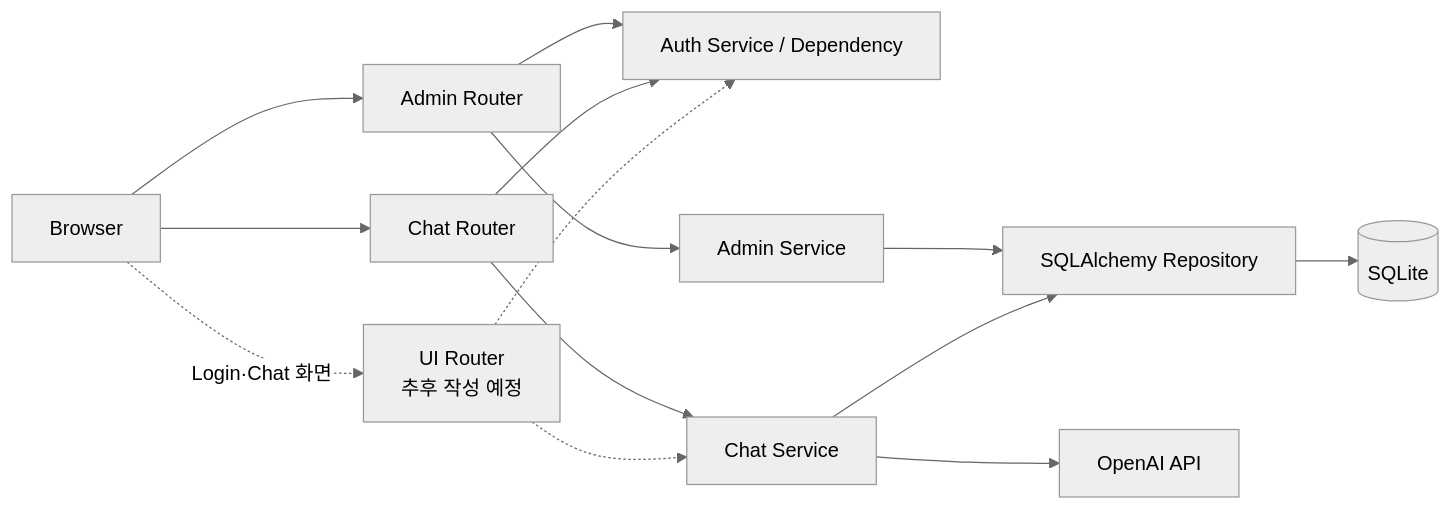
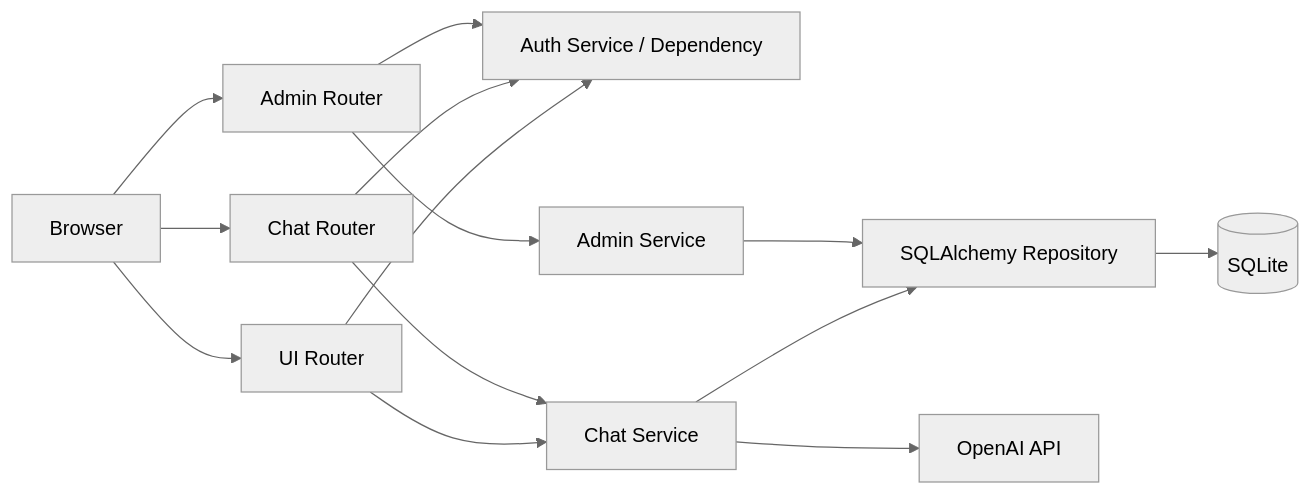
Before and after one commit to wilderif/codyssey-b7-1: the first of 2 diagrams in README.md, drawn with Mermaid (neutral theme). The commit also changed other lines of this file and 1 other file, not shown here.

````diff
--- a/README.md
+++ b/README.md
@@ -85,27 +97,27 @@
 ```mermaid
 flowchart LR
     Browser[Browser]
-    UI[UI Router<br/>추후 작성 예정]
+    UI[UI Router]
     ChatRouter[Chat Router]
     AdminRouter[Admin Router]
     Auth[Auth Service / Dependency]
     ChatService[Chat Service]
     AdminService[Admin Service]
     Repository[SQLAlchemy Repository]
     DB[(SQLite)]
     OpenAI[OpenAI API]
 
-    Browser -. Login·Chat 화면 .-> UI
+    Browser --> UI
     Browser --> ChatRouter
     Browser --> AdminRouter
-    UI -.-> Auth
-    UI -.-> ChatService
+    UI --> Auth
+    UI --> ChatService
     ChatRouter --> Auth
     ChatRouter --> ChatService
     AdminRouter --> Auth
     AdminRouter --> AdminService
     ChatService --> Repository
     AdminService --> Repository
     Repository --> DB
     ChatService --> OpenAI
 ```
````
